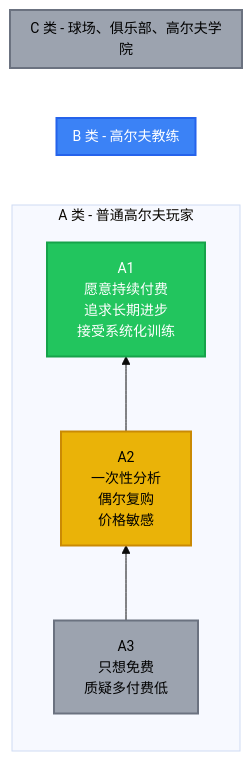
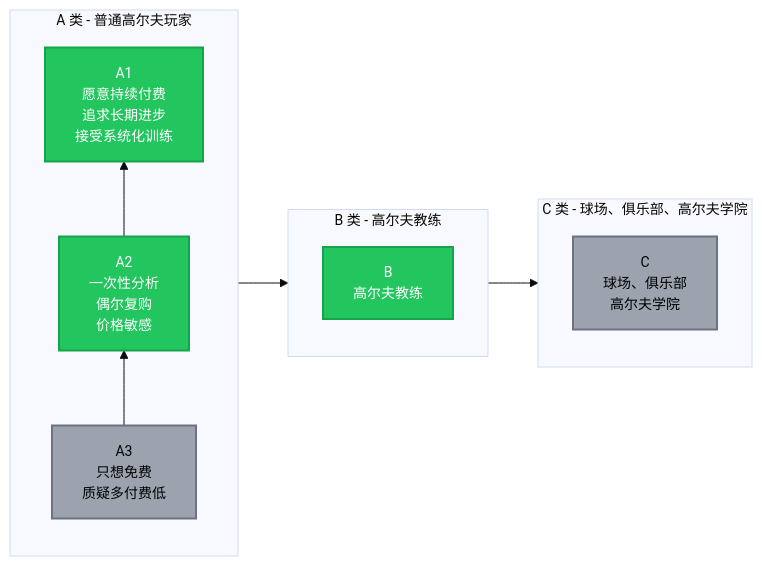
The diagram in docs/zh/product/user-personas.md (movement-chain-ai/movement-chain-docs), drawn with Mermaid before and after one commit.

Commit message:
更新用户分层图：A1/A2/B绿色，B在A右边，C在B右边
🤖 Generated with [Claude Code](https://claude.com/claude-code)

````diff
--- a/docs/zh/product/user-personas.md
+++ b/docs/zh/product/user-personas.md
@@ -7,24 +7,29 @@
 ```mermaid
 %%{init: {'theme': 'base', 'themeVariables': { 'fontSize': '14px'}}}%%
 graph LR
     subgraph A ["A 类 - 普通高尔夫玩家"]
         direction BT
         A3[" A3 <br/>只想免费<br/>质疑多付费低"]
         A2[" A2 <br/>一次性分析<br/>偶尔复购<br/>价格敏感"]
         A1[" A1 <br/>愿意持续付费<br/>追求长期进步<br/>接受系统化训练"]
         A3 --> A2
         A2 --> A1
     end
 
     subgraph B ["B 类 - 高尔夫教练"]
+        B1[" B <br/>高尔夫教练"]
     end
 
     subgraph C ["C 类 - 球场、俱乐部、高尔夫学院"]
+        C1[" C <br/>球场、俱乐部<br/>高尔夫学院"]
     end
 
+    A --> B
+    B --> C
+
     style A1 fill:#22c55e,color:#fff,stroke:#16a34a,stroke-width:2px
-    style A2 fill:#eab308,color:#000,stroke:#ca8a04,stroke-width:2px
+    style A2 fill:#22c55e,color:#fff,stroke:#16a34a,stroke-width:2px
     style A3 fill:#9ca3af,color:#000,stroke:#6b7280,stroke-width:2px
-    style B fill:#3b82f6,color:#fff,stroke:#2563eb,stroke-width:2px
-    style C fill:#9ca3af,color:#000,stroke:#6b7280,stroke-width:2px
+    style B1 fill:#22c55e,color:#fff,stroke:#16a34a,stroke-width:2px
+    style C1 fill:#9ca3af,color:#000,stroke:#6b7280,stroke-width:2px
 ```
````
